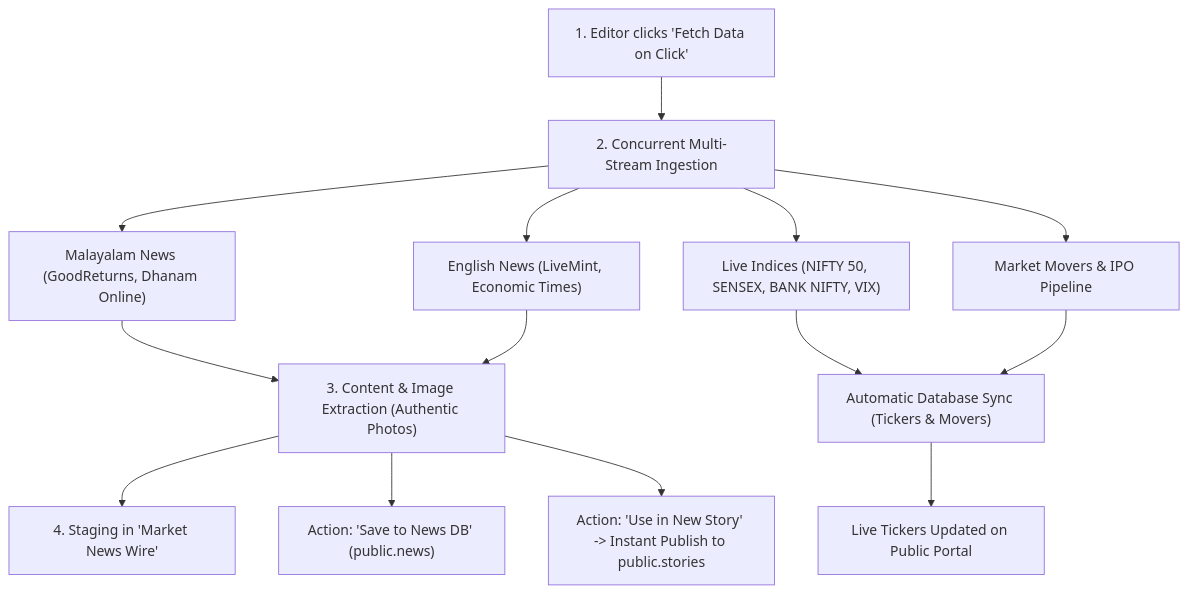
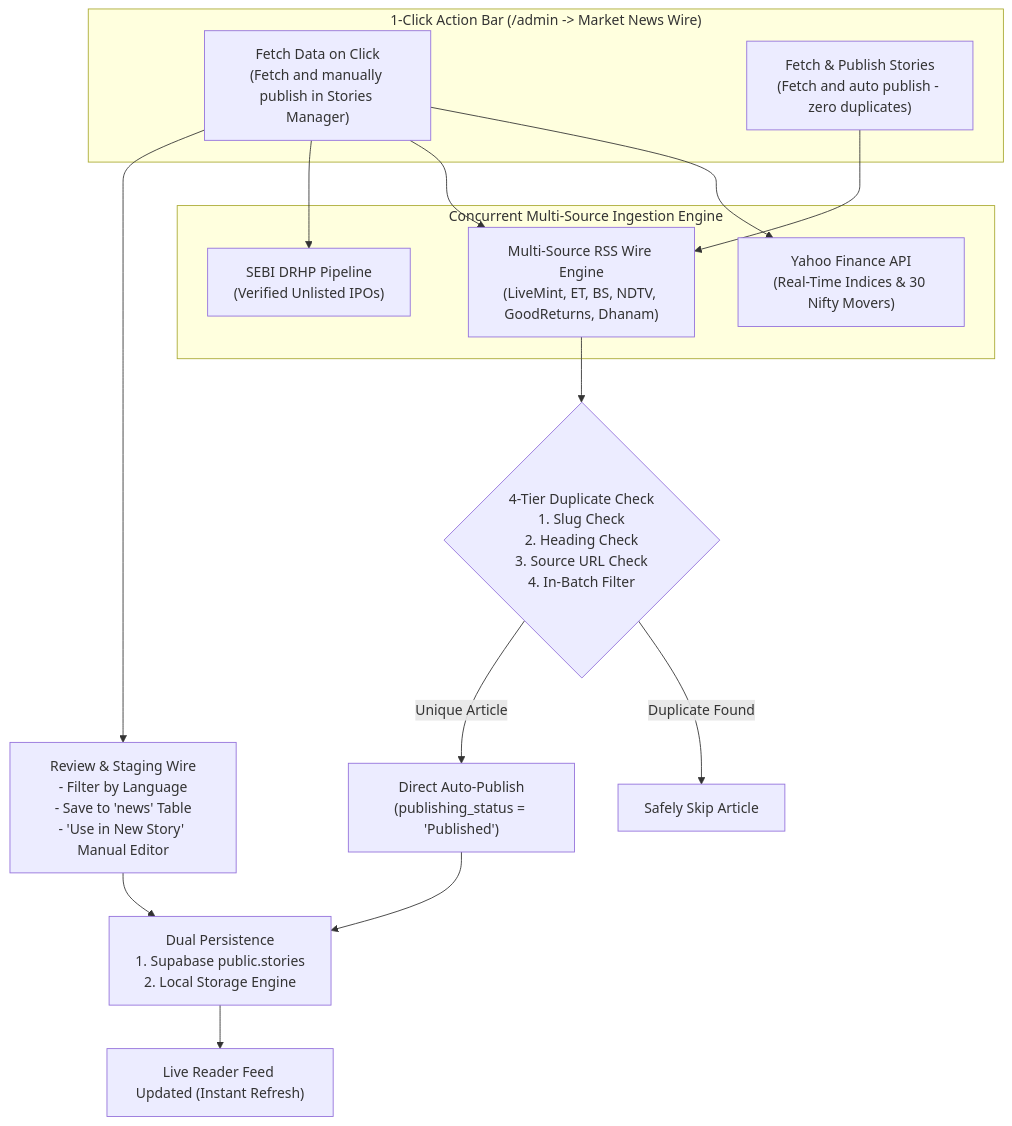
The diagram in README.md (sudharsankn/financial-editorial-portal), drawn with Mermaid before and after one commit. The commit also changed other lines of this file and 2 other files, not shown here.

Commit message:
docs: update DOCUMENTATION, README, and CHANGELOG with crisp instructions, auto-publish, and data fallback hierarchy

````diff
--- a/README.md
+++ b/README.md
@@ -417,19 +417,27 @@
 ```mermaid
 flowchart TD
-    A["1. Editor clicks 'Fetch Data on Click'"] --> B["2. Concurrent Multi-Stream Ingestion"]
-    B --> C1["Malayalam News (GoodReturns, Dhanam Online)"]
-    B --> C2["English News (LiveMint, Economic Times)"]
-    B --> C3["Live Indices (NIFTY 50, SENSEX, BANK NIFTY, VIX)"]
-    B --> C4["Market Movers & IPO Pipeline"]
+    subgraph Actions["1-Click Action Bar (/admin -> Market News Wire)"]
+        B1["Fetch Data on Click<br/>(Fetch and manually publish in Stories Manager)"]
+        B2["Fetch & Publish Stories<br/>(Fetch and auto publish - zero duplicates)"]
+    end
+
+    subgraph Ingestion["Concurrent Multi-Source Ingestion Engine"]
+        F1["Yahoo Finance API<br/>(Real-Time Indices & 30 Nifty Movers)"]
+        F2["Multi-Source RSS Wire Engine<br/>(LiveMint, ET, BS, NDTV, GoodReturns, Dhanam)"]
+        F3["SEBI DRHP Pipeline<br/>(Verified Unlisted IPOs)"]
+    end
+
+    B1 --> F1 & F2 & F3
+    B2 --> F2
+
+    F2 --> DEDUP{"4-Tier Duplicate Check<br/>1. Slug Check<br/>2. Heading Check<br/>3. Source URL Check<br/>4. In-Batch Filter"}
+
+    DEDUP -->|Duplicate Found| SKIP["Safely Skip Article"]
+    DEDUP -->|Unique Article| PUB["Direct Auto-Publish<br/>(publishing_status = 'Published')"]
+
+    B1 --> STAGE["Review & Staging Wire<br/>- Filter by Language<br/>- Save to 'news' Table<br/>- 'Use in New Story' Manual Editor"]
     
-    C1 --> D["3. Content & Image Extraction (Authentic Photos)"]
-    C2 --> D
-    C3 --> E["Automatic Database Sync (Tickers & Movers)"]
-    C4 --> E
-    
-    D --> F["4. Staging in 'Market News Wire'"]
-    E --> G["Live Tickers Updated on Public Portal"]
-    
-    D --> H1["Action: 'Save to News DB' (public.news)"]
-    D --> H2["Action: 'Use in New Story' -> Instant Publish to public.stories"]
+    PUB --> STORE["Dual Persistence<br/>1. Supabase public.stories<br/>2. Local Storage Engine"]
+    STAGE --> STORE
+    STORE --> FEED["Live Reader Feed Updated (Instant Refresh)"]
 ```
````
